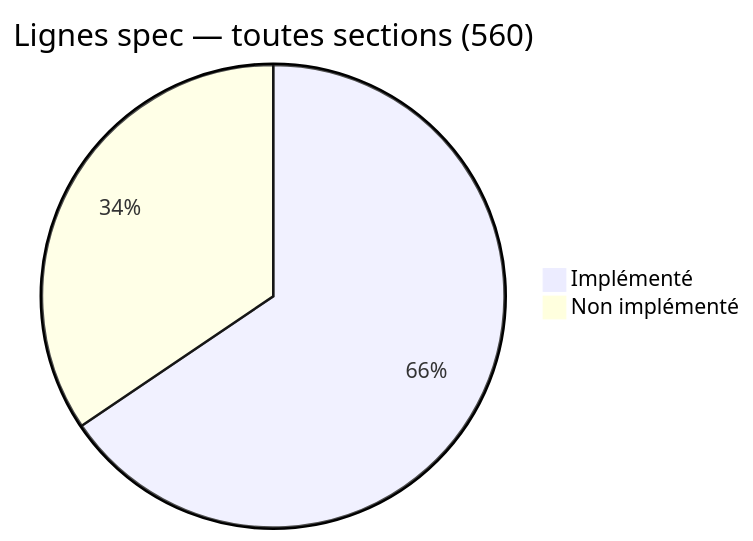
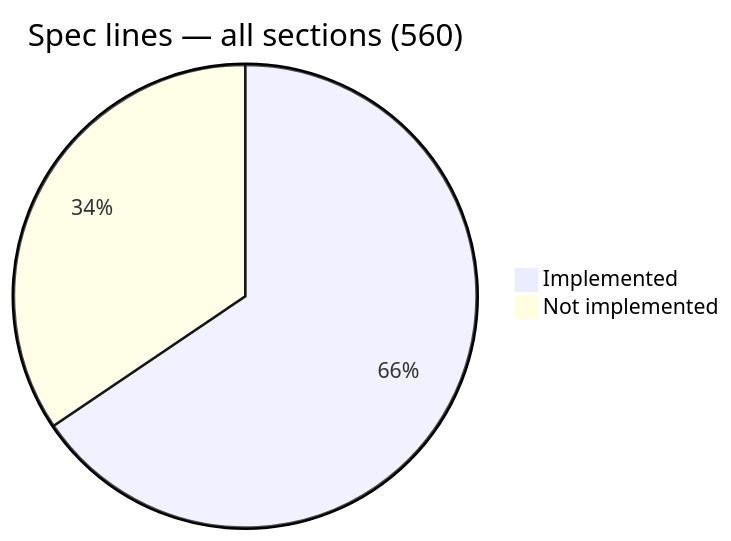
The first of 14 diagrams in process/3.plan/SUMMARY-akm-sections-coverage.md (xplorer2716/XS56K), drawn with Mermaid before and after one commit. The commit also changed other lines of this file, not shown here.

````diff
--- a/process/3.plan/SUMMARY-akm-sections-coverage.md
+++ b/process/3.plan/SUMMARY-akm-sections-coverage.md
@@ -9,5 +9,5 @@
 ```mermaid
-pie title Lignes spec — toutes sections (560)
-    "Implémenté" : 367
-    "Non implémenté" : 193
+pie title Spec lines — all sections (560)
+    "Implemented" : 367
+    "Not implemented" : 193
 ```
````
